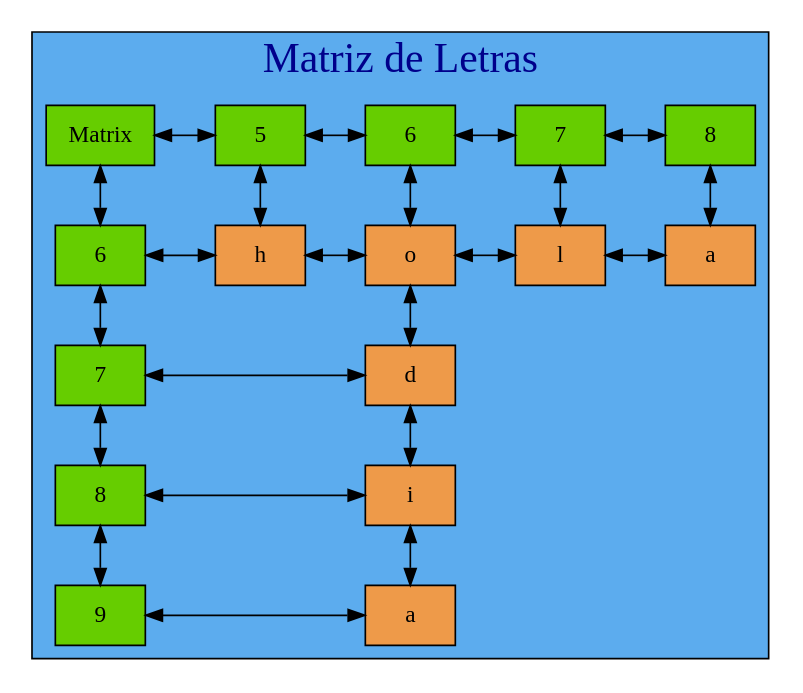
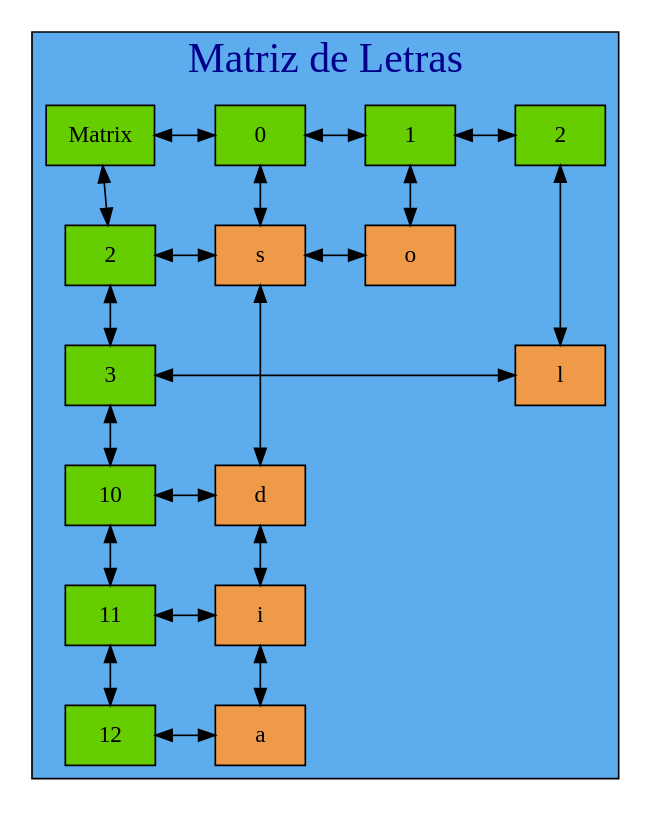
Before and after one commit to mariotun/EDD_1S2020_PY1_201602942: the diagram in Graficas/Table_Juego.dot, drawn with Graphviz. The commit also changed 19 other files, not shown here.

```diff
--- a/Graficas/Table_Juego.dot
+++ b/Graficas/Table_Juego.dot
@@ -1,65 +1,62 @@
  digraph tablero{ 
 
 graph[ranksep= "0.5",nodesep= "0.5"];
 subgraph cluster_1 {
 
 fontname=algerian
 label= "Matriz de Letras ";
  labelloc=t;
 fontcolor=blue4;
 fontsize=25;
 style=filled;
 fillcolor=steelblue2;
 
 node [shape=box fillcolor=chartreuse3];
 mt[label= "Matrix" style=radial group=0]
 {rank=same;
-25770512240[label= "5 " style=radial,group=5]
-25770512416[label= "6 " style=radial,group=6]
-25770512592[label= "7 " style=radial,group=7]
-0[label= "8 " style=radial,group=8]
-mt->25770512240->25770512416->25770512592->0[dir=both];};
+25770513280[label= "0 " style=radial,group=0]
+25770513648[label= "1 " style=radial,group=1]
+0[label= "2 " style=radial,group=2]
+mt->25770513280->25770513648->0[dir=both];};
 
-25770517704[label= "6 " style=radial,group=0]
-25770517880[label= "7 " style=radial,group=0]
-25770518056[label= "8 " style=radial,group=0]
-56[label= "9 " style=radial,group=0]
-mt->25770517704->25770517880->25770518056->56[dir=both];
+25770512320[label= "2 " style=radial,group=0]
+25770515376[label= "3 " style=radial,group=0]
+25770515808[label= "10 " style=radial,group=0]
+25770516192[label= "11 " style=radial,group=0]
+64[label= "12 " style=radial,group=0]
+mt->25770512320->25770515376->25770515808->25770516192->64[dir=both];
 
-node[shape=box height=0.5 style=filled fontcolor=black fillcolor= tan2]
-25770510432[label="h" style=radial,group=5];
-node[shape=box height=0.5 style=filled fontcolor=black fillcolor= tan2]
-25770512304[label="o" style=radial,group=6];
-node[shape=box height=0.5 style=filled fontcolor=black fillcolor= tan2]
-25770517712[label="d" style=radial,group=6];
-node[shape=box height=0.5 style=filled fontcolor=black fillcolor= tan2]
-25770517888[label="i" style=radial,group=6];
-node[shape=box height=0.5 style=filled fontcolor=black fillcolor= tan2]
-25770518064[label="a" style=radial,group=6];
-node[shape=box height=0.5 style=filled fontcolor=black fillcolor= tan2]
-25770512480[label="l" style=radial,group=7];
-node[shape=box height=0.5 style=filled fontcolor=black fillcolor= tan2]
-25770512656[label="a" style=radial,group=8];
+node[shape=box height=0.5 style=filled fontcolor=black fillcolor=tan2]
+25770512720[label="s" style=radial,group=0];
+node[shape=box height=0.5 style=filled fontcolor=black fillcolor=tan2]
+25770515392[label="d" style=radial,group=0];
+node[shape=box height=0.5 style=filled fontcolor=black fillcolor=tan2]
+25770515872[label="i" style=radial,group=0];
+node[shape=box height=0.5 style=filled fontcolor=black fillcolor=tan2]
+25770516256[label="a" style=radial,group=0];
+node[shape=box height=0.5 style=filled fontcolor=black fillcolor=tan2]
+25770513408[label="o" style=radial,group=1];
+node[shape=box height=0.5 style=filled fontcolor=black fillcolor=tan2]
+25770513968[label="l" style=radial,group=2];
 
 
-25770512240->25770510432[dir=both]
-25770512416->25770512304->25770517712->25770517888->25770518064[dir=both]
-25770512592->25770512480[dir=both]
-0->25770512656[dir=both]
+25770513280->25770512720->25770515392->25770515872->25770516256[dir=both]
+25770513648->25770513408[dir=both]
+0->25770513968[dir=both]
 
-25770510432[label="h"];
-25770512304[label="o"];
-25770512480[label="l"];
-25770512656[label="a"];
-25770517712[label="d"];
-25770517888[label="i"];
-25770518064[label="a"];
+25770512720[label="s"];
+25770513408[label="o"];
+25770513968[label="l"];
+25770515392[label="d"];
+25770515872[label="i"];
+25770516256[label="a"];
 
 
-{rank=same;25770517704->25770510432->25770512304->25770512480->25770512656[dir=both] } 
-{rank=same;25770517880->25770517712[dir=both] } 
-{rank=same;25770518056->25770517888[dir=both] } 
-{rank=same;56->25770518064[dir=both] }
+{rank=same;25770512320->25770512720->25770513408[dir=both] } 
+{rank=same;25770515376->25770513968[dir=both] } 
+{rank=same;25770515808->25770515392[dir=both] } 
+{rank=same;25770516192->25770515872[dir=both] } 
+{rank=same;64->25770516256[dir=both] }
  }
 
 }
```
